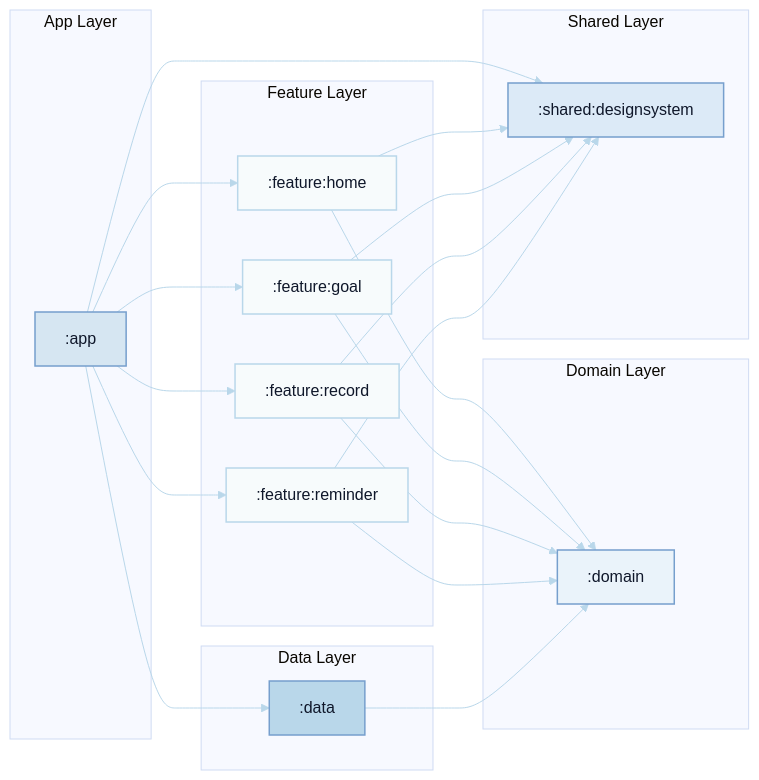
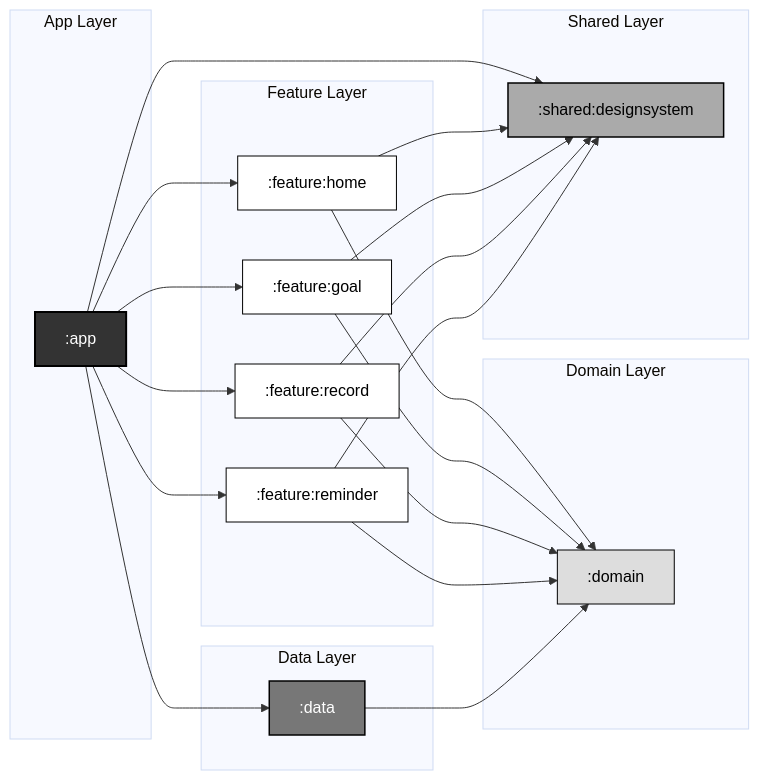
The diagram in README.md (Jiyeong-kor/FitFlow), drawn with Mermaid before and after one commit.

````diff
--- a/README.md
+++ b/README.md
@@ -70,71 +70,71 @@
 ```mermaid
 %%{init: {"theme":"base","themeVariables":{
   "fontFamily":"system-ui, -apple-system, BlinkMacSystemFont, Segoe UI, Apple SD Gothic Neo, Noto Sans KR, Arial, sans-serif",
-  "lineColor":"#B9D7EA",
-  "textColor":"#0F172A",
+  "lineColor":"#333333",
+  "textColor":"#000000",
   "background":"#FFFFFF"
 }}}%%
 graph LR
     %% App Layer
     subgraph App_Layer [App Layer]
         APP[":app"]
     end
 
     %% Feature Layer
     subgraph Feature_Layer [Feature Layer]
         HOME[":feature:home"]
         GOAL[":feature:goal"]
         RECORD[":feature:record"]
         REMINDER[":feature:reminder"]
     end
 
     %% Data Layer
     subgraph Data_Layer [Data Layer]
         DATA[":data"]
     end
 
     %% Domain Layer
     subgraph Domain_Layer [Domain Layer]
         DOMAIN[":domain"]
     end
 
     %% Shared Layer
     subgraph Shared_Layer [Shared Layer]
         DesignSystem[":shared:designsystem"]
     end
 
     %% Dependencies
     APP --> HOME
     APP --> GOAL
     APP --> RECORD
     APP --> REMINDER
     APP --> DATA
     APP --> DesignSystem
 
     HOME --> DOMAIN
     GOAL --> DOMAIN
     RECORD --> DOMAIN
     REMINDER --> DOMAIN
 
     HOME --> DesignSystem
     GOAL --> DesignSystem
     RECORD --> DesignSystem
     REMINDER --> DesignSystem
 
     DATA --> DOMAIN
 
     %% Layer classes
     class APP app
     class HOME,GOAL,RECORD,REMINDER feature
     class DOMAIN domain
     class DATA data
     class DesignSystem shared
 
-    %% Blue-tone palette (F7FBFC / D6E6F2 / B9D7EA / 769FCD 기반)
-    classDef app fill:#D6E6F2,stroke:#769FCD,stroke-width:1.5px,color:#0F172A
-    classDef feature fill:#F7FBFC,stroke:#B9D7EA,stroke-width:1.5px,color:#0F172A
-    classDef domain fill:#EAF3FA,stroke:#769FCD,stroke-width:1.5px,color:#0F172A
-    classDef data fill:#B9D7EA,stroke:#769FCD,stroke-width:1.5px,color:#0F172A
-    classDef shared fill:#DCEAF7,stroke:#769FCD,stroke-width:1.5px,color:#0F172A
-
+    %% Grayscale Palette (명도 차이 강조)
+    %% App (가장 어두움) -> Data -> Shared -> Domain -> Feature (가장 밝음)
+    classDef app fill:#333333,stroke:#000000,stroke-width:2px,color:#FFFFFF
+    classDef data fill:#777777,stroke:#000000,stroke-width:1.5px,color:#FFFFFF
+    classDef shared fill:#AAAAAA,stroke:#000000,stroke-width:1.5px,color:#000000
+    classDef domain fill:#DDDDDD,stroke:#000000,stroke-width:1px,color:#000000
+    classDef feature fill:#FFFFFF,stroke:#000000,stroke-width:1px,color:#000000
 ```
````
